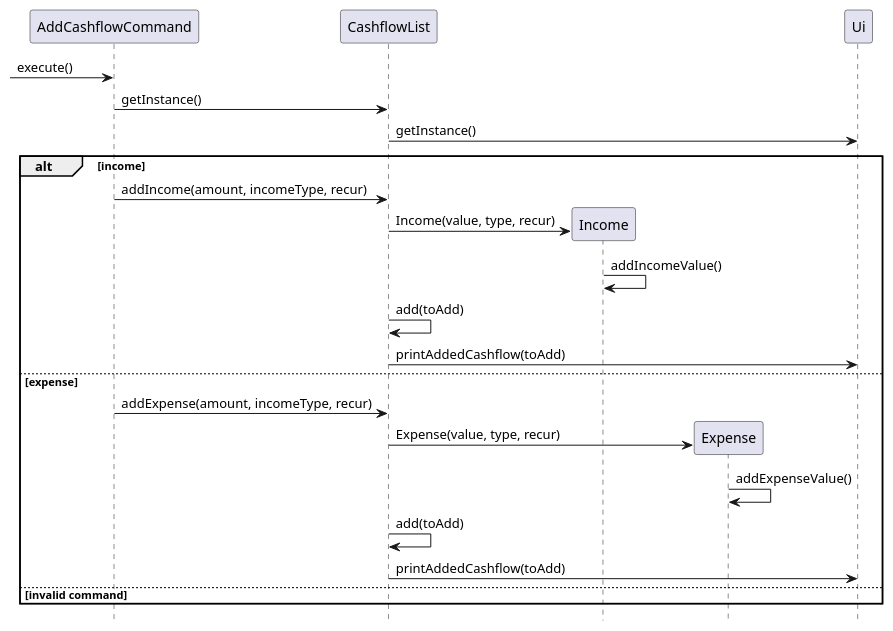
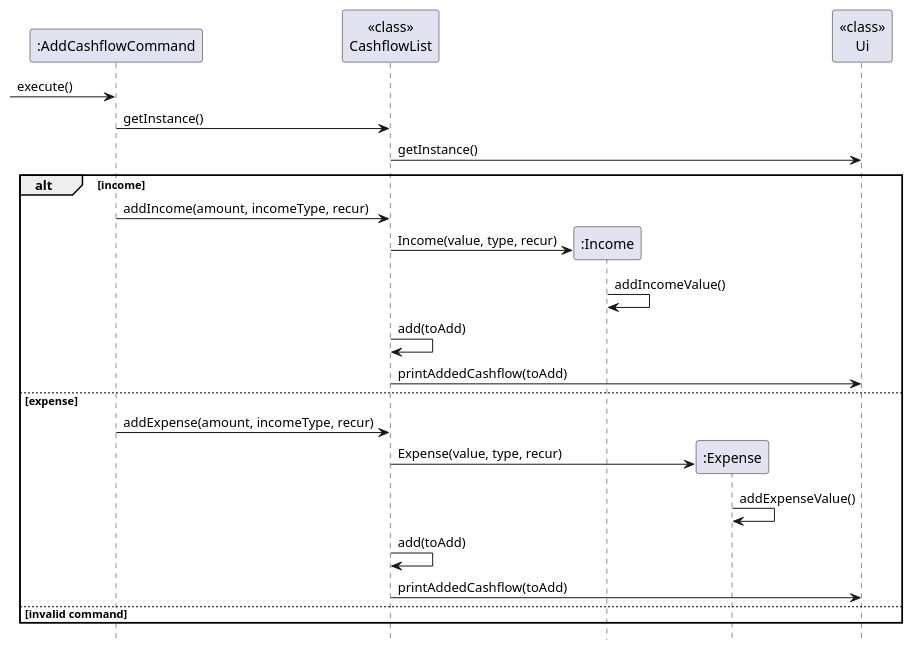
Before and after one commit to nus-cs2113-AY2324S1/tp: the diagram in docs/diagrams/AddCashflowSequence.puml, drawn with PlantUML.

Commit message:
Update sequence diagram for addCashflow

```diff
--- a/docs/diagrams/AddCashflowSequence.puml
+++ b/docs/diagrams/AddCashflowSequence.puml
@@ -1,31 +1,31 @@
 @startuml
 
-participant AddCashflowCommand
-participant CashflowList
-participant Income
-participant Expense
-participant Ui
+participant ":AddCashflowCommand" as AddCashflowCommand
+participant "<<class>>\nCashflowList" as CashflowList
+participant ":Income" as Income
+participant ":Expense" as Expense
+participant "<<class>>\nUi" as Ui
 
 -> AddCashflowCommand: execute()
 AddCashflowCommand -> CashflowList: getInstance()
 CashflowList -> Ui: getInstance()
 alt income
     AddCashflowCommand -> CashflowList: addIncome(amount, incomeType, recur)
     create Income
     CashflowList -> Income: Income(value, type, recur)
     Income -> Income: addIncomeValue()
     CashflowList -> CashflowList: add(toAdd)
     CashflowList -> Ui: printAddedCashflow(toAdd)
 
 else expense
     AddCashflowCommand -> CashflowList: addExpense(amount, incomeType, recur)
     create Expense
     CashflowList -> Expense: Expense(value, type, recur)
     Expense -> Expense: addExpenseValue()
     CashflowList -> CashflowList: add(toAdd)
     CashflowList -> Ui: printAddedCashflow(toAdd)
 else invalid command
 end
 
 hide footbox
 @enduml
```
